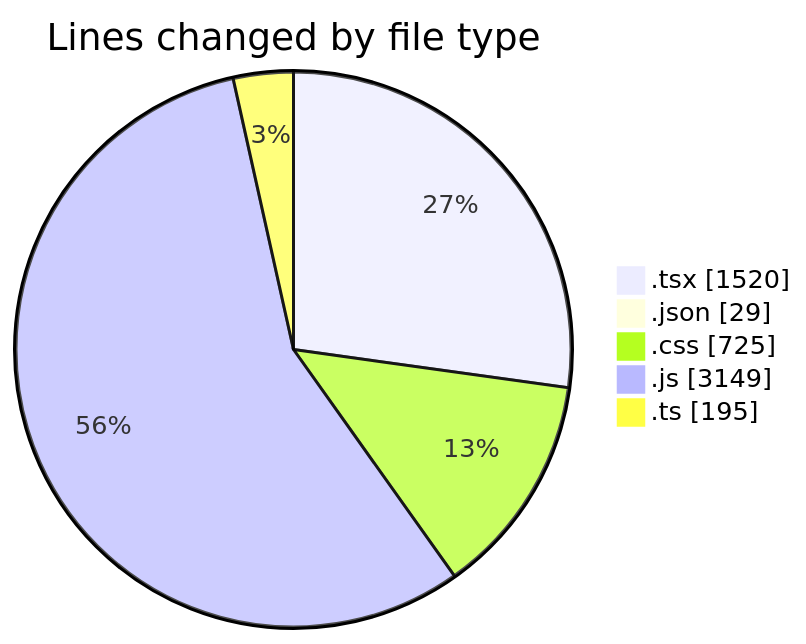
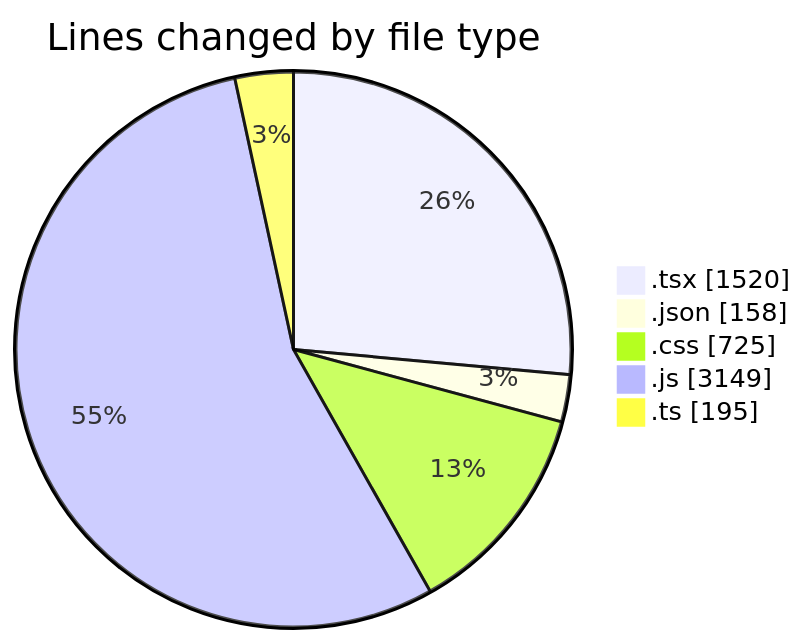
One commit to Elitesun/code-tracking changed the first of 2 diagrams in 2025-05-15/laala_boost/README.md. Above: the diagram before and after it, drawn with Mermaid. The commit also changed other lines of this file and 2 other files, not shown here.

````diff
--- a/2025-05-15/laala_boost/README.md
+++ b/2025-05-15/laala_boost/README.md
@@ -34,9 +36,9 @@
 ```mermaid
 pie showData
 title Lines changed by file type
 ".tsx" : 1520
-".json" : 29
+".json" : 158
 ".css" : 725
 ".js" : 3149
 ".ts" : 195
 ```
````
